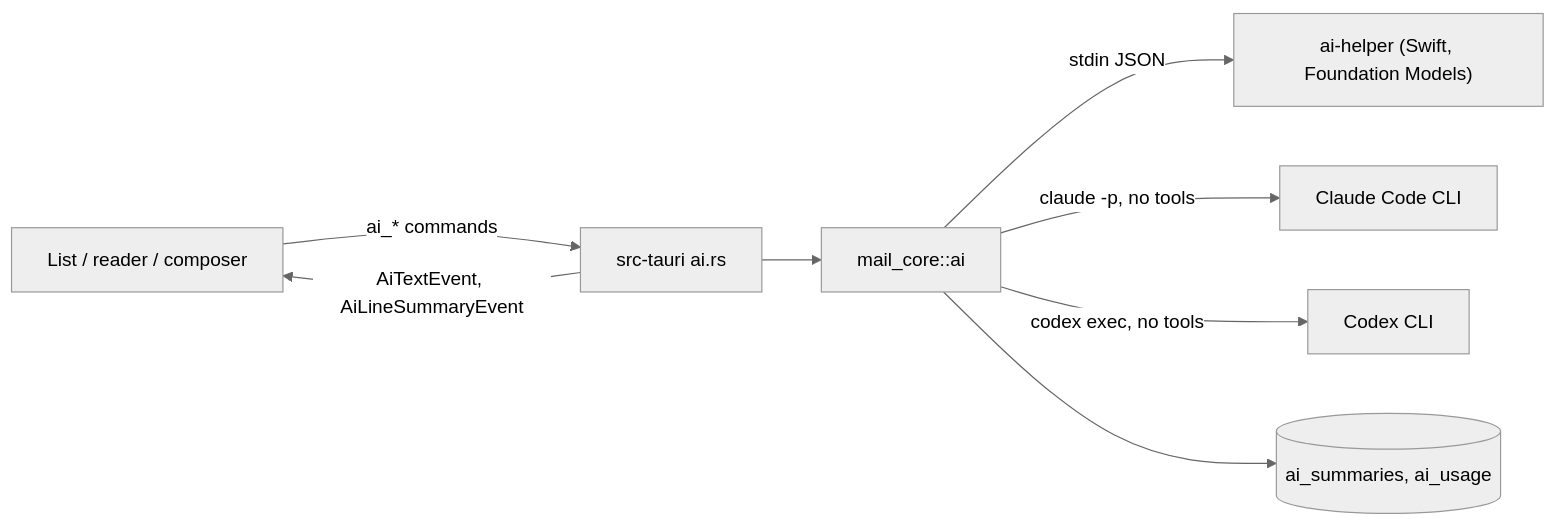
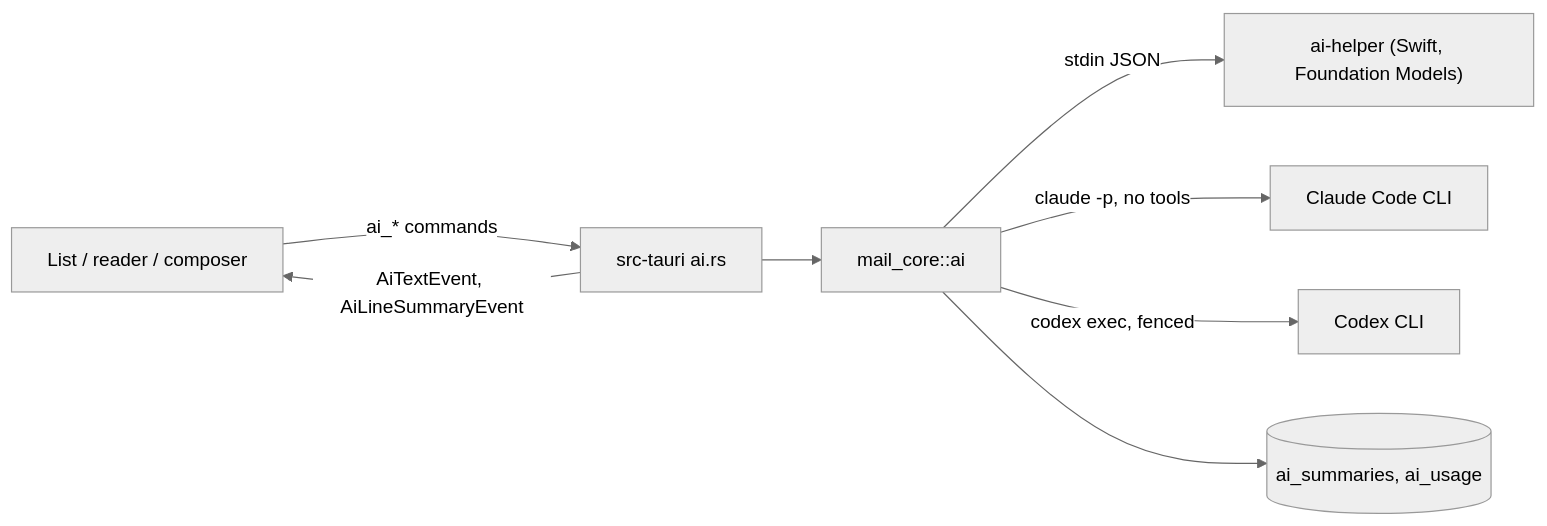
Before and after one commit to nwoolls/mailboat: the fourth of 5 diagrams in docs/ARCHITECTURE.md, drawn with Mermaid (neutral theme). The commit also changed other lines of this file and 3 other files, not shown here.

````diff
--- a/docs/ARCHITECTURE.md
+++ b/docs/ARCHITECTURE.md
@@ -420,10 +420,10 @@
 ```mermaid
 flowchart LR
   UI["List / reader / composer"] -->|"ai_* commands"| T["src-tauri ai.rs"]
   T --> C["mail_core::ai"]
   C -->|"stdin JSON"| A["ai-helper (Swift, Foundation Models)"]
   C -->|"claude -p, no tools"| CL["Claude Code CLI"]
-  C -->|"codex exec, no tools"| CX["Codex CLI"]
+  C -->|"codex exec, fenced"| CX["Codex CLI"]
   C --> DB[("ai_summaries, ai_usage")]
   T -->|"AiTextEvent, AiLineSummaryEvent"| UI
 ```
````
